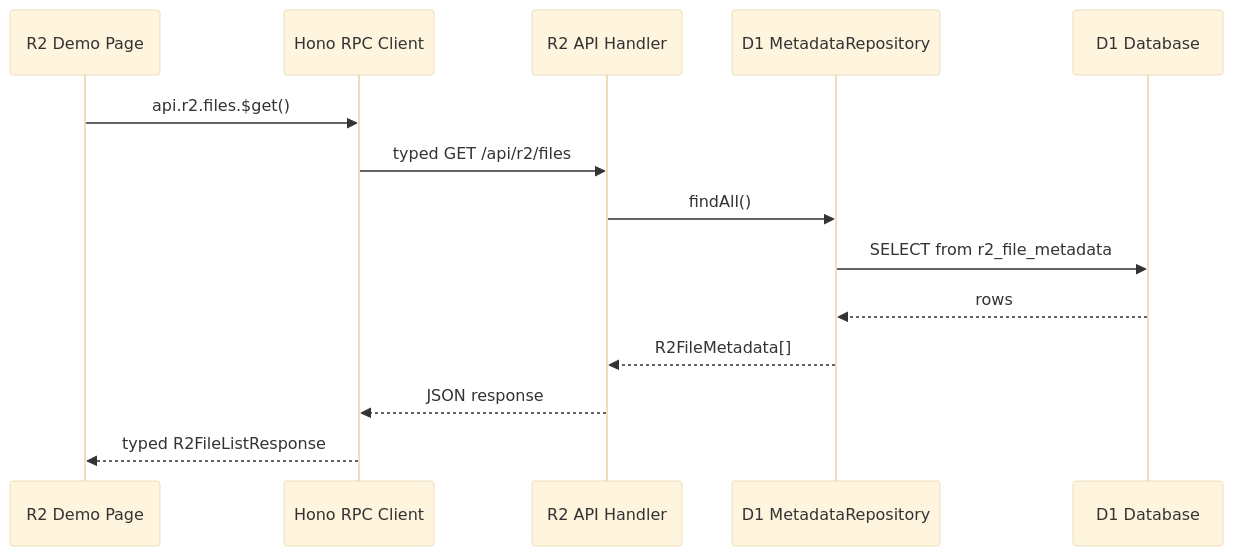
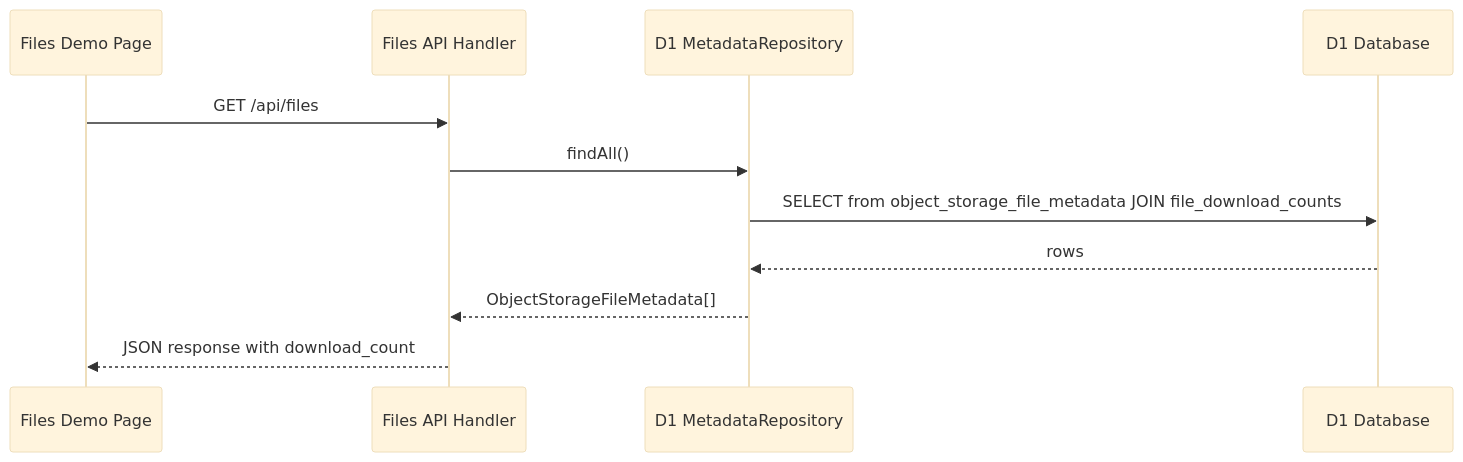
The second of 5 diagrams in .kiro/specs/r2-download-demo/design.md (yantene/yantene.net), drawn with Mermaid (base theme) before and after one commit. The commit also changed other lines of this file and 2 other files, not shown here.

Commit message:
ドメイン層命名を object-storage に統一 + 設計フェーズ完了

````diff
--- a/.kiro/specs/r2-download-demo/design.md
+++ b/.kiro/specs/r2-download-demo/design.md
@@ -107,17 +107,14 @@
 ```mermaid
 sequenceDiagram
-    participant Browser as R2 Demo Page
-    participant HC as Hono RPC Client
-    participant Handler as R2 API Handler
+    participant Browser as Files Demo Page
+    participant Handler as Files API Handler
     participant MetaRepo as D1 MetadataRepository
     participant D1 as D1 Database
 
-    Browser->>HC: api.r2.files.$get()
-    HC->>Handler: typed GET /api/r2/files
+    Browser->>Handler: GET /api/files
     Handler->>MetaRepo: findAll()
-    MetaRepo->>D1: SELECT from r2_file_metadata
+    MetaRepo->>D1: SELECT from object_storage_file_metadata JOIN file_download_counts
     D1-->>MetaRepo: rows
-    MetaRepo-->>Handler: R2FileMetadata[]
-    Handler-->>HC: JSON response
-    HC-->>Browser: typed R2FileListResponse
+    MetaRepo-->>Handler: ObjectStorageFileMetadata[]
+    Handler-->>Browser: JSON response with download_count
 ```
````
